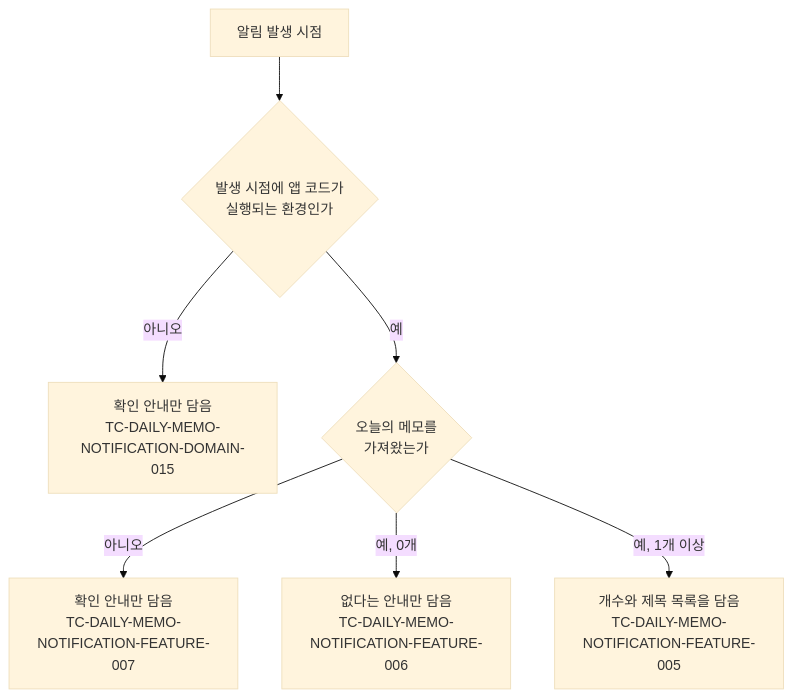
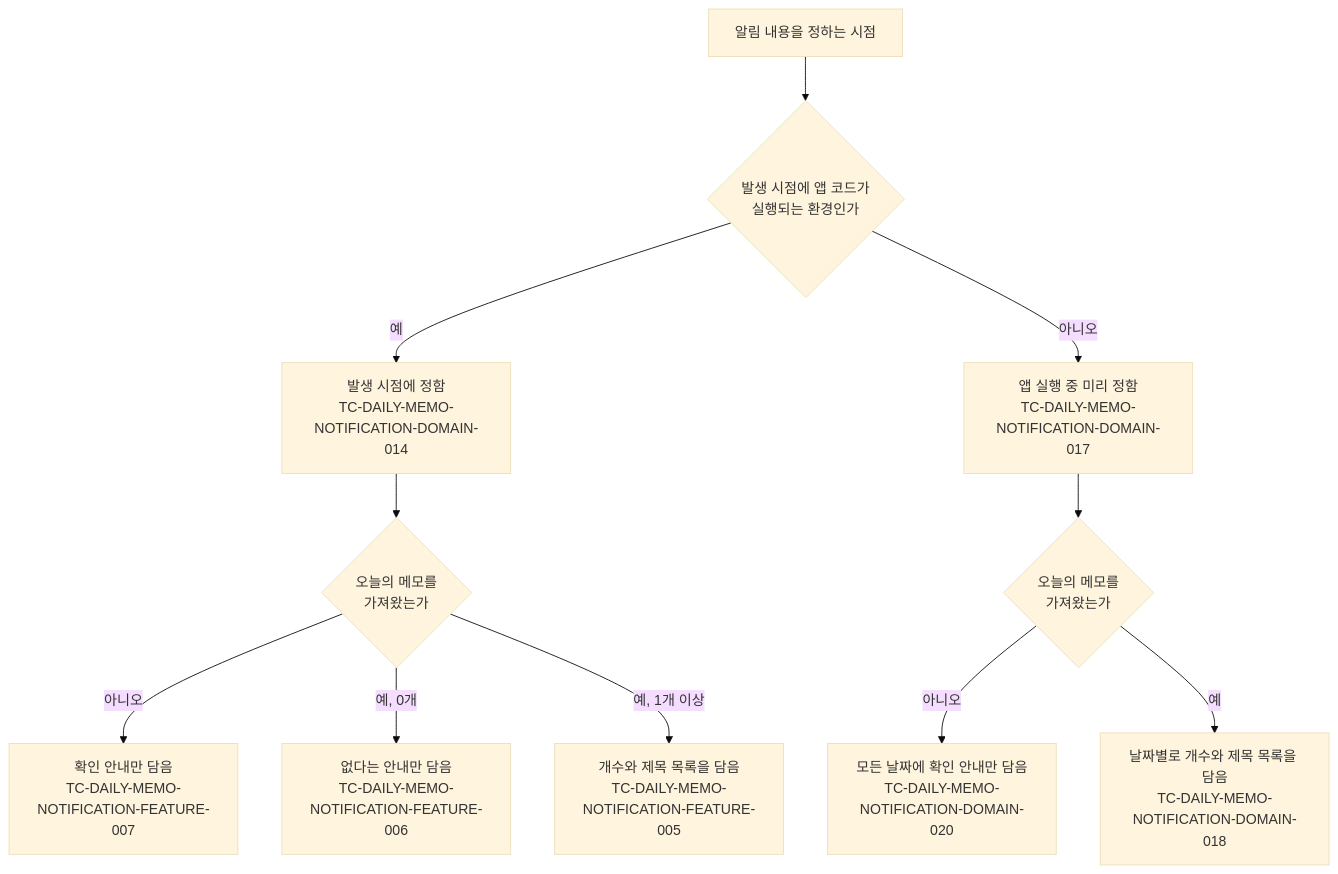
One commit to taetae98coding/DiaryKMP changed the first of 2 diagrams in docs/testcase/daily-memo-notification.md. Above: the diagram before and after it, drawn with Mermaid (base theme). The commit also changed other lines of this file and 2 other files, not shown here.

First line of the commit message:
docs: iOS 일일 메모 알림에 오늘의 메모 개수와 제목을 담도록 정한다

````diff
--- a/docs/testcase/daily-memo-notification.md
+++ b/docs/testcase/daily-memo-notification.md
@@ -9,9 +9,13 @@
 ```mermaid
 flowchart TD
-    Start["알림 발생 시점"] --> Runnable{"발생 시점에 앱 코드가<br/>실행되는 환경인가"}
-    Runnable -- 아니오 --> Unknown["확인 안내만 담음<br/>TC-DAILY-MEMO-NOTIFICATION-DOMAIN-015"]
-    Runnable -- 예 --> Fetch{"오늘의 메모를<br/>가져왔는가"}
+    Start["알림 내용을 정하는 시점"] --> Runnable{"발생 시점에 앱 코드가<br/>실행되는 환경인가"}
+    Runnable -- 예 --> AtFire["발생 시점에 정함<br/>TC-DAILY-MEMO-NOTIFICATION-DOMAIN-014"]
+    Runnable -- 아니오 --> Ahead["앱 실행 중 미리 정함<br/>TC-DAILY-MEMO-NOTIFICATION-DOMAIN-017"]
+    AtFire --> Fetch{"오늘의 메모를<br/>가져왔는가"}
+    Ahead --> AheadFetch{"오늘의 메모를<br/>가져왔는가"}
     Fetch -- 아니오 --> Failed["확인 안내만 담음<br/>TC-DAILY-MEMO-NOTIFICATION-FEATURE-007"]
     Fetch -- "예, 0개" --> Empty["없다는 안내만 담음<br/>TC-DAILY-MEMO-NOTIFICATION-FEATURE-006"]
     Fetch -- "예, 1개 이상" --> Listed["개수와 제목 목록을 담음<br/>TC-DAILY-MEMO-NOTIFICATION-FEATURE-005"]
+    AheadFetch -- 아니오 --> AheadFailed["모든 날짜에 확인 안내만 담음<br/>TC-DAILY-MEMO-NOTIFICATION-DOMAIN-020"]
+    AheadFetch -- 예 --> AheadListed["날짜별로 개수와 제목 목록을 담음<br/>TC-DAILY-MEMO-NOTIFICATION-DOMAIN-018"]
 ```
````
